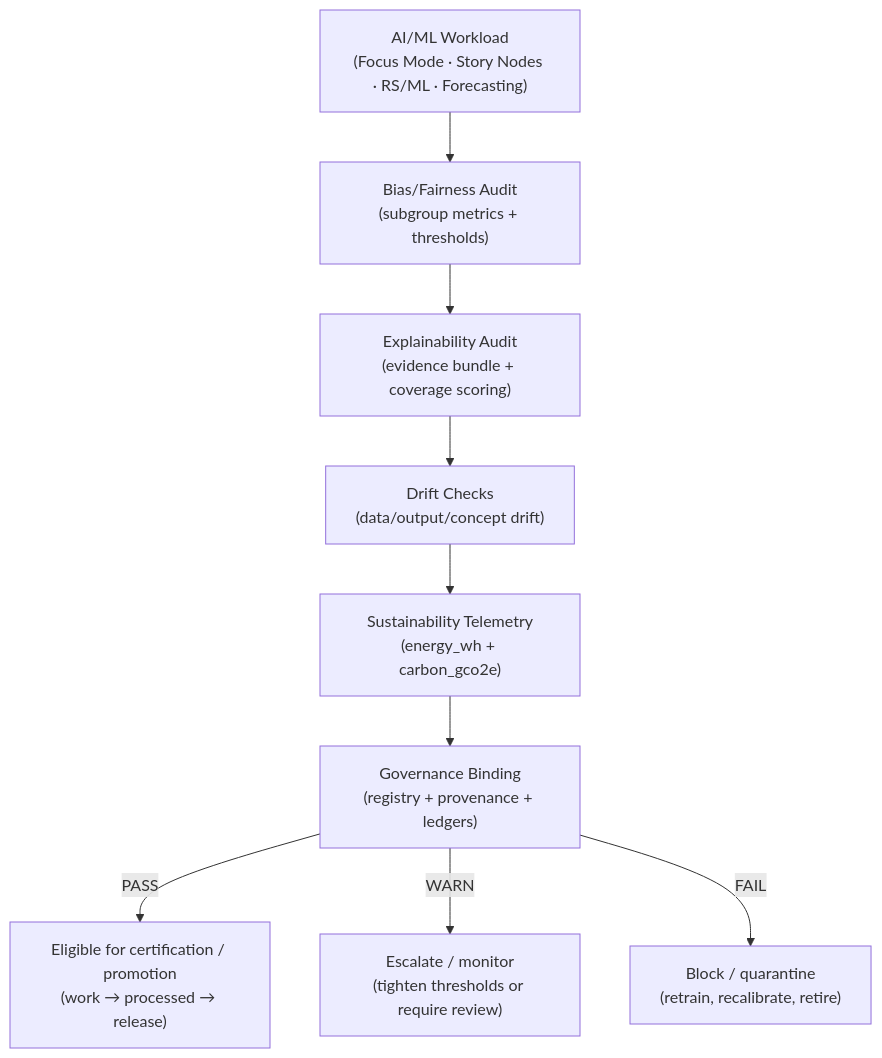
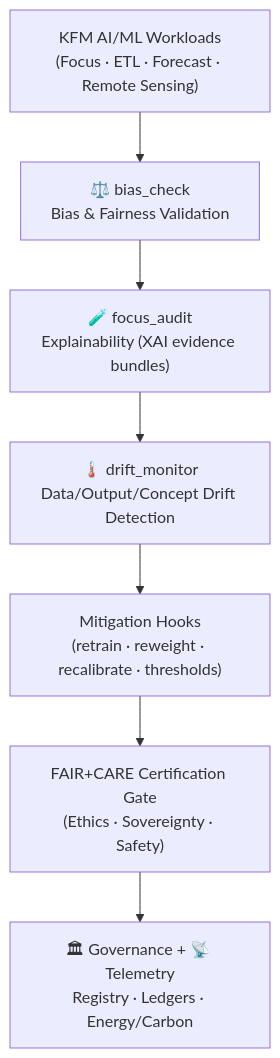
The diagram in tools/ai/README.md (bartytime4life/Kansas-Frontier-Matrix), drawn with Mermaid before and after one commit. The commit also changed other lines of this file, not shown here.

```diff
--- a/tools/ai/README.md
+++ b/tools/ai/README.md
@@ -268,11 +252,10 @@
 ~~~mermaid
 flowchart TD
-  A["AI/ML Workload<br/>(Focus Mode · Story Nodes · RS/ML · Forecasting)"] --> B["Bias/Fairness Audit<br/>(subgroup metrics + thresholds)"]
-  B --> C["Explainability Audit<br/>(evidence bundle + coverage scoring)"]
-  C --> D["Drift Checks<br/>(data/output/concept drift)"]
-  D --> E["Sustainability Telemetry<br/>(energy_wh + carbon_gco2e)"]
-  E --> F["Governance Binding<br/>(registry + provenance + ledgers)"]
-  F -->|PASS| G["Eligible for certification / promotion<br/>(work → processed → release)"]
-  F -->|WARN| H["Escalate / monitor<br/>(tighten thresholds or require review)"]
-  F -->|FAIL| I["Block / quarantine<br/>(retrain, recalibrate, retire)"]
+    A["KFM AI/ML Workloads<br/>(Focus · ETL · Forecast · Remote Sensing)"]
+      --> B["⚖️ bias_check<br/>Bias & Fairness Validation"]
+    B --> C["🧪 focus_audit<br/>Explainability (XAI evidence bundles)"]
+    C --> D["🌡️ drift_monitor<br/>Data/Output/Concept Drift Detection"]
+    D --> E["Mitigation Hooks<br/>(retrain · reweight · recalibrate · thresholds)"]
+    E --> F["FAIR+CARE Certification Gate<br/>(Ethics · Sovereignty · Safety)"]
+    F --> G["🏛 Governance + 📡 Telemetry<br/>Registry · Ledgers · Energy/Carbon"]
 ~~~
```
